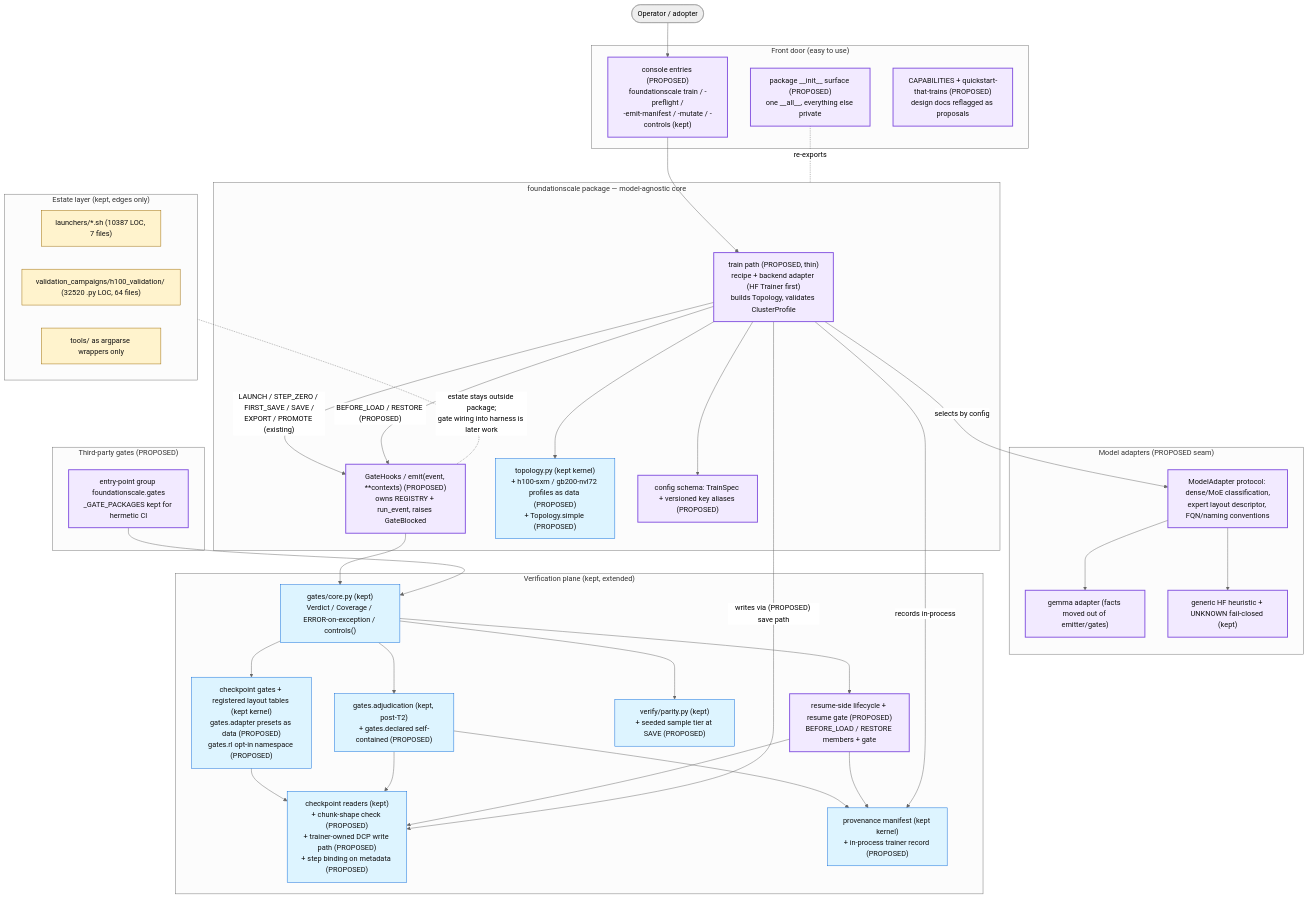
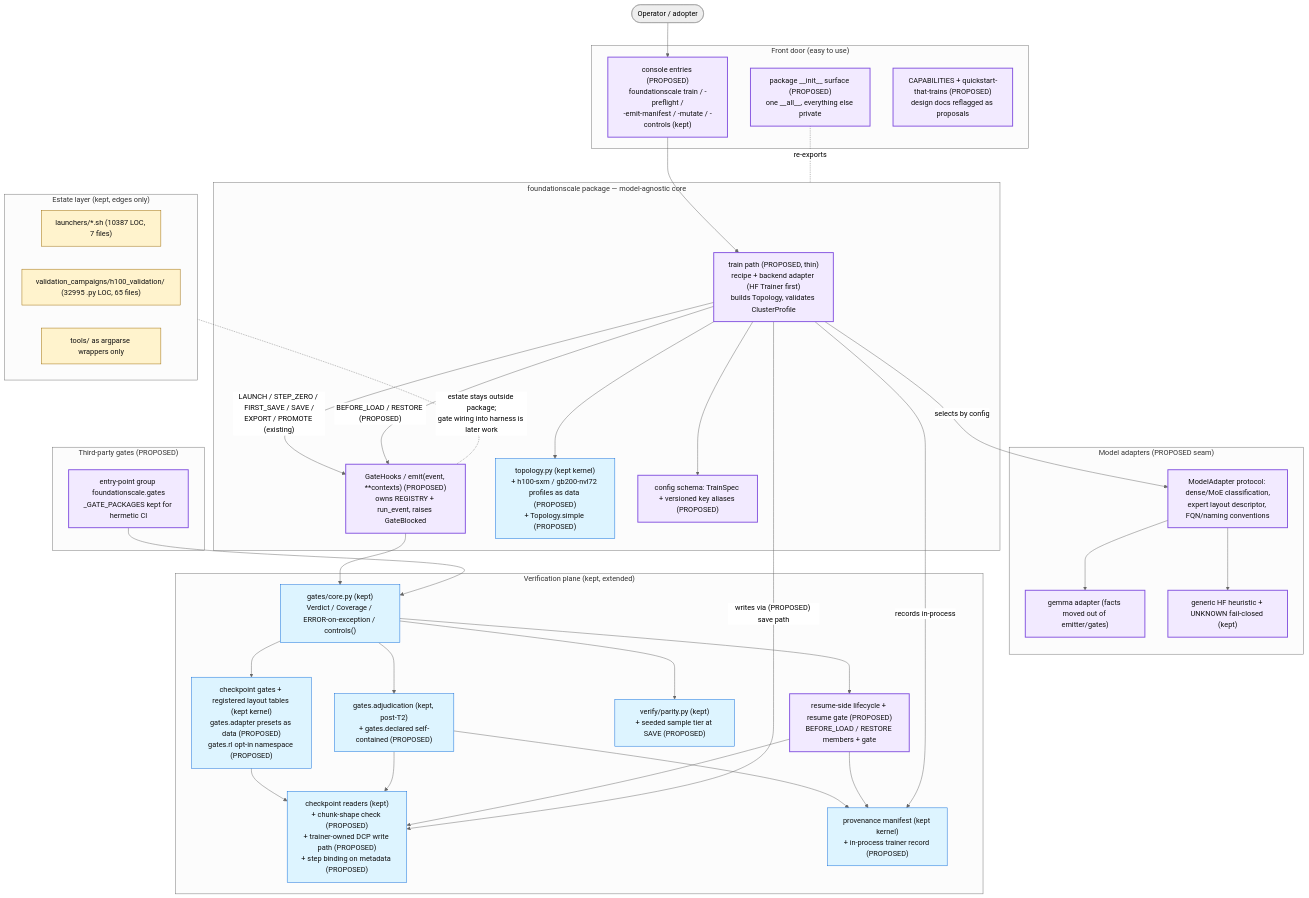
One commit to TranNhiem/FoundationScale changed the diagram in docs/review/D5_proposed_architecture.md. Above: the diagram before and after it, drawn with Mermaid (neutral theme). The commit also changed other lines of this file and 29 other files, not shown here.

````diff
--- a/docs/review/D5_proposed_architecture.md
+++ b/docs/review/D5_proposed_architecture.md
@@ -13,74 +13,74 @@
 ```mermaid
 flowchart TB
   U(["Operator / adopter"])
 
   subgraph FRONT["Front door (easy to use)"]
     CLI["console entries (PROPOSED)<br/>foundationscale train / -preflight /<br/>-emit-manifest / -mutate / -controls (kept)"]
     SURF["package __init__ surface (PROPOSED)<br/>one __all__, everything else private"]
     DOCS["CAPABILITIES + quickstart-that-trains (PROPOSED)<br/>design docs reflagged as proposals"]
   end
 
   subgraph CORE["foundationscale package — model-agnostic core"]
     TRAIN["train path (PROPOSED, thin)<br/>recipe + backend adapter (HF Trainer first)<br/>builds Topology, validates ClusterProfile"]
     HOOKS["GateHooks / emit(event, **contexts) (PROPOSED)<br/>owns REGISTRY + run_event, raises GateBlocked"]
     TOPO["topology.py (kept kernel)<br/>+ h100-sxm / gb200-nvl72 profiles as data (PROPOSED)<br/>+ Topology.simple (PROPOSED)"]
     CONFIG["config schema: TrainSpec + versioned key aliases (PROPOSED)"]
   end
 
   subgraph ADAPT["Model adapters (PROPOSED seam)"]
     MA["ModelAdapter protocol: dense/MoE classification,<br/>expert layout descriptor, FQN/naming conventions"]
     GEM["gemma adapter (facts moved out of emitter/gates)"]
     HF["generic HF heuristic + UNKNOWN fail-closed (kept)"]
   end
 
   subgraph VERIFY["Verification plane (kept, extended)"]
     GCORE["gates/core.py (kept)<br/>Verdict / Coverage / ERROR-on-exception / controls()"]
     GCK["checkpoint gates + registered layout tables (kept kernel)<br/>gates.adapter presets as data (PROPOSED)<br/>gates.rl opt-in namespace (PROPOSED)"]
     ADJ["gates.adjudication (kept, post-T2)<br/>+ gates.declared self-contained (PROPOSED)"]
     PAR["verify/parity.py (kept)<br/>+ seeded sample tier at SAVE (PROPOSED)"]
     CKIO["checkpoint readers (kept)<br/>+ chunk-shape check (PROPOSED)<br/>+ trainer-owned DCP write path (PROPOSED)<br/>+ step binding on metadata (PROPOSED)"]
     PROV["provenance manifest (kept kernel)<br/>+ in-process trainer record (PROPOSED)"]
     RES["resume-side lifecycle + resume gate (PROPOSED)<br/>BEFORE_LOAD / RESTORE members + gate"]
   end
 
   subgraph PLUG["Third-party gates (PROPOSED)"]
     EP["entry-point group foundationscale.gates<br/>_GATE_PACKAGES kept for hermetic CI"]
   end
 
   subgraph ESTATE["Estate layer (kept, edges only)"]
     LAU["launchers/*.sh (10387 LOC, 7 files)"]
-    H100["validation_campaigns/h100_validation/ (32520 .py LOC, 64 files)"]
+    H100["validation_campaigns/h100_validation/ (32995 .py LOC, 65 files)"]
     WRAP["tools/ as argparse wrappers only"]
   end
 
   U --> CLI --> TRAIN
   SURF -. re-exports .- CORE
   TRAIN --> TOPO
   TRAIN --> CONFIG
   TRAIN -- "selects by config" --> MA
   MA --> GEM
   MA --> HF
   TRAIN -- "LAUNCH / STEP_ZERO / FIRST_SAVE / SAVE /<br/>EXPORT / PROMOTE (existing)" --> HOOKS
   TRAIN -- "BEFORE_LOAD / RESTORE (PROPOSED)" --> HOOKS
   HOOKS --> GCORE
   EP --> GCORE
   GCORE --> GCK
   GCORE --> ADJ
   GCORE --> PAR
   GCORE --> RES
   GCK --> CKIO
   ADJ --> CKIO
   ADJ --> PROV
   RES --> CKIO
   RES --> PROV
   TRAIN -- "writes via (PROPOSED) save path" --> CKIO
   TRAIN -- "records in-process" --> PROV
   ESTATE -. "estate stays outside package;<br/>gate wiring into harness is later work" .- HOOKS
 
   classDef new fill:#f2eaff,stroke:#8250df,stroke-width:2px,color:#111;
   classDef kept fill:#ddf4ff,stroke:#0969da,color:#111;
   classDef estate fill:#fff3cd,stroke:#9a6700,color:#111;
   class TRAIN,HOOKS,CLI,SURF,DOCS,MA,GEM,HF,RES,EP,CONFIG new;
   class GCORE,GCK,ADJ,PAR,CKIO,PROV,TOPO kept;
   class LAU,H100,WRAP estate;
 ```
````
